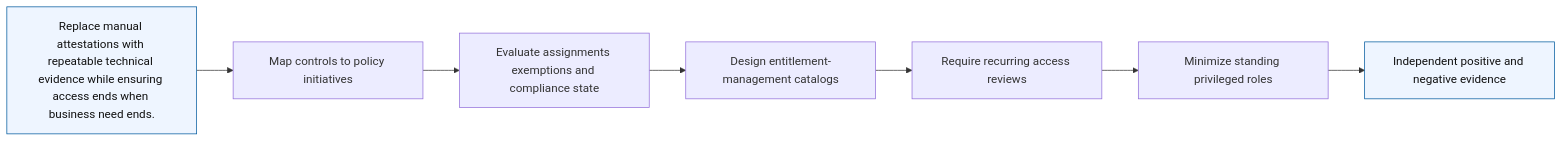
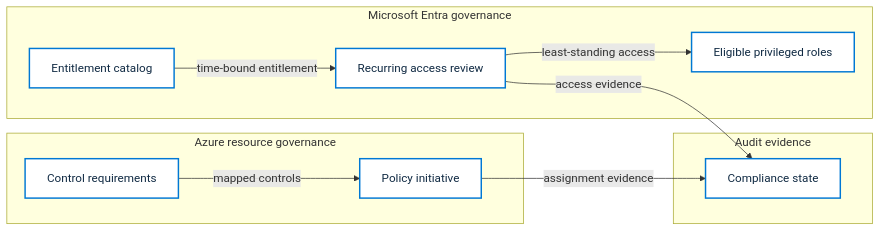
One commit to Jamonygr/Azure-Solutions-Architect-Expert changed the diagram in labs/07-compliance-identity-governance/diagrams/architecture.mmd. Above: the diagram before and after it, drawn with Mermaid. The commit also changed 144 other files, not shown here.

```diff
--- a/labs/07-compliance-identity-governance/diagrams/architecture.mmd
+++ b/labs/07-compliance-identity-governance/diagrams/architecture.mmd
@@ -1,12 +1,22 @@
 %% BEGIN GENERATED AZ305 V1
 flowchart LR
-    R["Replace manual attestations with repeatable technical evidence while ensuring access ends when business need ends."]
-    R --> C1["Map controls to policy initiatives"]
-    C1 --> C2["Evaluate assignments exemptions and compliance state"]
-    C2 --> C3["Design entitlement-management catalogs"]
-    C3 --> C4["Require recurring access reviews"]
-    C4 --> C5["Minimize standing privileged roles"]
-    C5 --> E["Independent positive and negative evidence"]
-    classDef boundary fill:#eef5ff,stroke:#005a9e,color:#111
-    class R,E boundary
+    subgraph B_azure_governance["Azure resource governance"]
+        N_control_set["Control requirements"]
+        N_initiative["Policy initiative"]
+    end
+    subgraph B_identity_governance["Microsoft Entra governance"]
+        N_catalog["Entitlement catalog"]
+        N_review["Recurring access review"]
+        N_pim["Eligible privileged roles"]
+    end
+    subgraph B_audit_evidence["Audit evidence"]
+        N_compliance["Compliance state"]
+    end
+    N_control_set -->|"mapped controls"| N_initiative
+    N_initiative -->|"assignment evidence"| N_compliance
+    N_catalog -->|"time-bound entitlement"| N_review
+    N_review -->|"least-standing access"| N_pim
+    N_review -->|"access evidence"| N_compliance
+    classDef service fill:#ffffff,stroke:#0078d4,color:#102a43,stroke-width:2px
+    class N_control_set,N_initiative,N_compliance,N_catalog,N_review,N_pim service
 %% END GENERATED AZ305 V1
```
